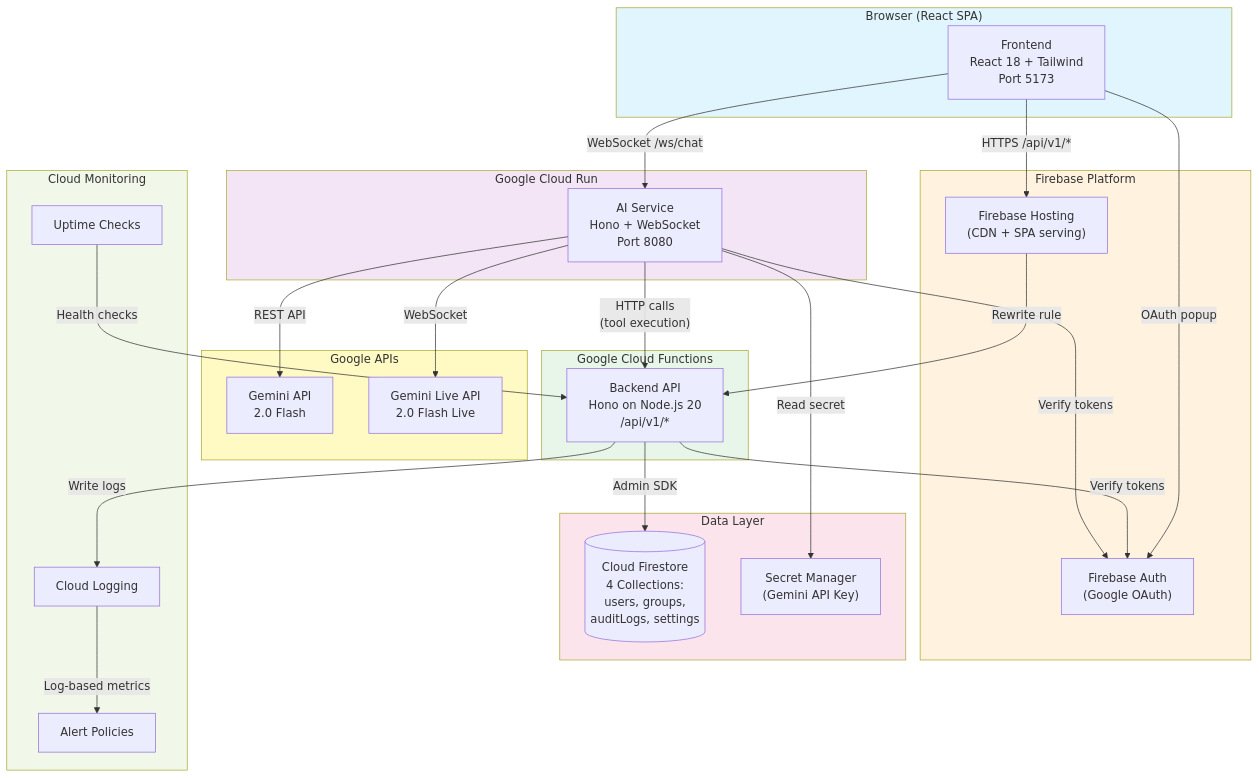
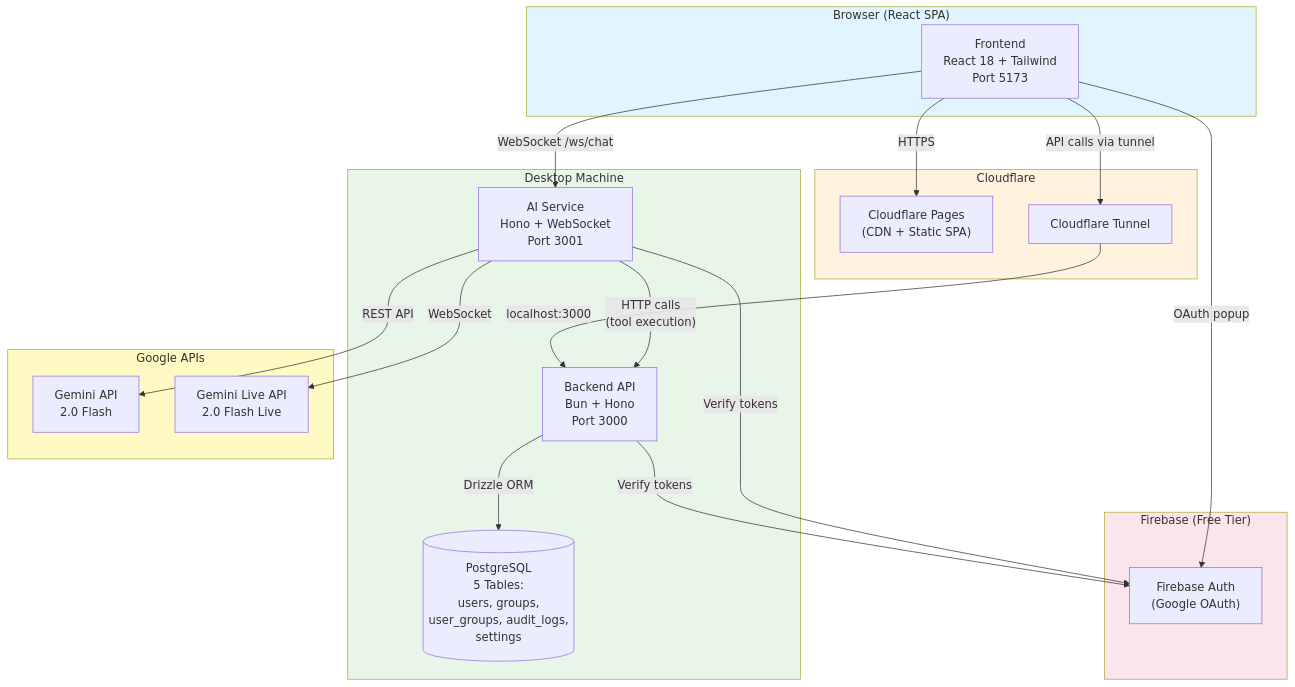
Before and after one commit to rsaiprasad/template: the first of 5 diagrams in docs/ARCHITECTURE.md, drawn with Mermaid. The commit also changed other lines of this file and 55 other files, not shown here.

First line of the commit message:
feat: Migrate backend to standalone Bun server + PostgreSQL with Drizzle ORM

````diff
--- a/docs/ARCHITECTURE.md
+++ b/docs/ARCHITECTURE.md
@@ -90,61 +88,46 @@
 ```mermaid
 flowchart TB
     subgraph Client["Browser (React SPA)"]
         FE["Frontend<br/>React 18 + Tailwind<br/>Port 5173"]
     end
 
-    subgraph Firebase["Firebase Platform"]
-        FH["Firebase Hosting<br/>(CDN + SPA serving)"]
-        FA["Firebase Auth<br/>(Google OAuth)"]
+    subgraph CF["Cloudflare"]
+        CFP["Cloudflare Pages<br/>(CDN + Static SPA)"]
+        CFT["Cloudflare Tunnel"]
     end
 
-    subgraph GCF["Google Cloud Functions"]
-        BE["Backend API<br/>Hono on Node.js 20<br/>/api/v1/*"]
+    subgraph Desktop["Desktop Machine"]
+        BE["Backend API<br/>Bun + Hono<br/>Port 3000"]
+        PG[("PostgreSQL<br/>5 Tables:<br/>users, groups,<br/>user_groups, audit_logs,<br/>settings")]
+        AI["AI Service<br/>Hono + WebSocket<br/>Port 3001"]
     end
 
-    subgraph CloudRun["Google Cloud Run"]
-        AI["AI Service<br/>Hono + WebSocket<br/>Port 8080"]
+    subgraph Firebase["Firebase (Free Tier)"]
+        FA["Firebase Auth<br/>(Google OAuth)"]
     end
 
     subgraph Google["Google APIs"]
         GM["Gemini API<br/>2.0 Flash"]
         GML["Gemini Live API<br/>2.0 Flash Live"]
     end
 
-    subgraph Data["Data Layer"]
-        FS[("Cloud Firestore<br/>4 Collections:<br/>users, groups,<br/>auditLogs, settings")]
-        SM["Secret Manager<br/>(Gemini API Key)"]
-    end
-
-    subgraph Monitoring["Cloud Monitoring"]
-        LOG["Cloud Logging"]
-        ALERT["Alert Policies"]
-        UP["Uptime Checks"]
-    end
-
-    FE -->|"HTTPS /api/v1/*"| FH
-    FH -->|"Rewrite rule"| BE
+    FE -->|"HTTPS"| CFP
     FE -->|"OAuth popup"| FA
+    FE -->|"API calls via tunnel"| CFT
+    CFT -->|"localhost:3000"| BE
     FE -->|"WebSocket /ws/chat"| AI
 
-    BE -->|"Admin SDK"| FS
+    BE -->|"Drizzle ORM"| PG
     BE -->|"Verify tokens"| FA
 
     AI -->|"REST API"| GM
     AI -->|"WebSocket"| GML
     AI -->|"HTTP calls<br/>(tool execution)"| BE
     AI -->|"Verify tokens"| FA
-    AI -->|"Read secret"| SM
-
-    BE -->|"Write logs"| LOG
-    LOG -->|"Log-based metrics"| ALERT
-    UP -->|"Health checks"| BE
 
     style Client fill:#e1f5fe
-    style Firebase fill:#fff3e0
-    style GCF fill:#e8f5e9
-    style CloudRun fill:#f3e5f5
-    style Data fill:#fce4ec
-    style Monitoring fill:#f1f8e9
+    style CF fill:#fff3e0
+    style Desktop fill:#e8f5e9
+    style Firebase fill:#fce4ec
     style Google fill:#fff9c4
 ```
````
